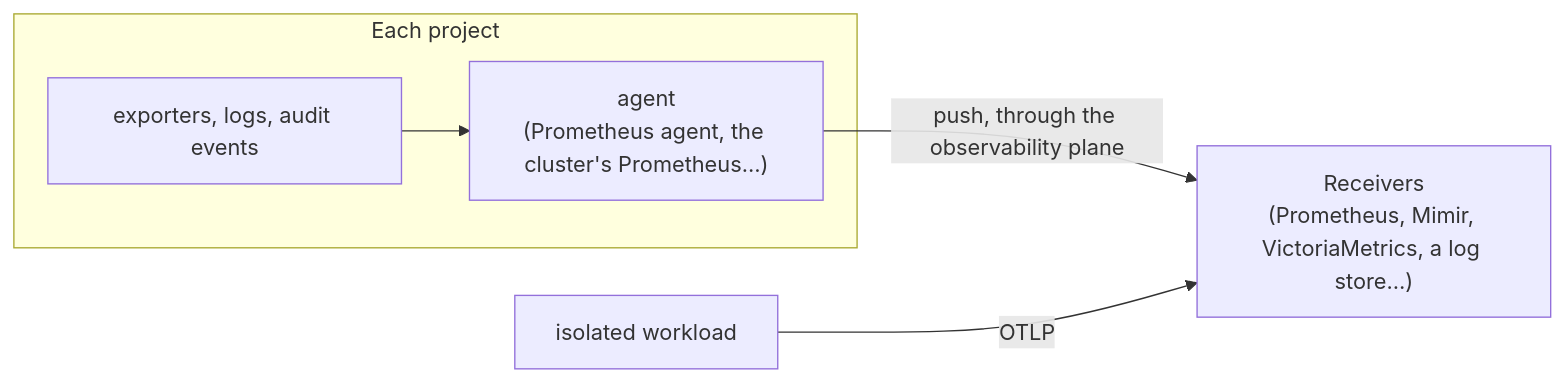
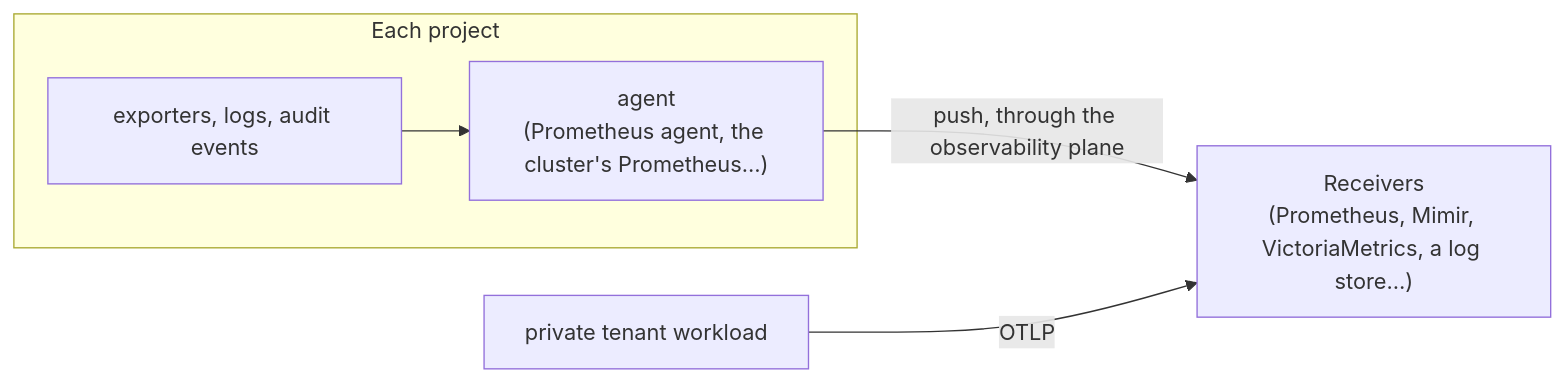
Before and after one commit to CyprisTech/openstack-multitenant-reference: the fourth of 6 diagrams in docs/concepts/architecture.md, drawn with Mermaid. The commit also changed other lines of this file and 21 other files, not shown here.

First line of the commit message:
Docs: the private tenant, several tenants of a stack, diagrams

````diff
--- a/docs/concepts/architecture.md
+++ b/docs/concepts/architecture.md
@@ -161,8 +161,8 @@
 ```mermaid
 flowchart LR
     subgraph T["Each project"]
         X["exporters, logs, audit events"] --> A["agent<br/>(Prometheus agent, the cluster's Prometheus…)"]
     end
     A -->|"push, through the observability plane"| R["Receivers<br/>(Prometheus, Mimir, VictoriaMetrics, a log store…)"]
-    I["isolated workload"] -->|"OTLP"| R
+    I["private tenant workload"] -->|"OTLP"| R
 ```
````
